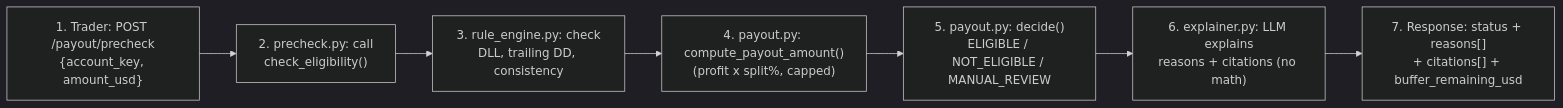
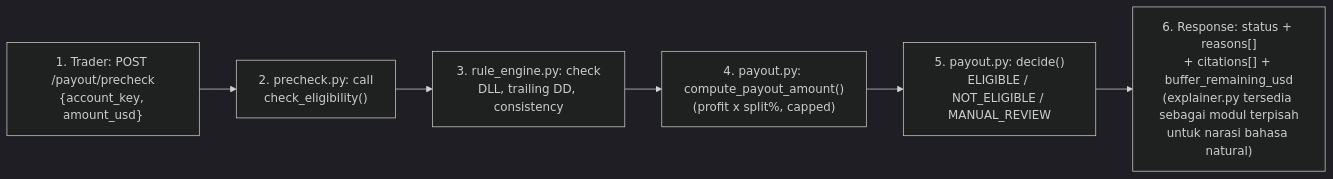
Before and after one commit to caelancarmer/tradeify-risk-copilot: the second of 6 diagrams in docs/architecture.md, drawn with Mermaid (dark theme).

Commit message:
docs(archify): docs/architecture.md

````diff
--- a/docs/architecture.md
+++ b/docs/architecture.md
@@ -69,11 +69,10 @@
 ```mermaid
 flowchart LR
     A["1. Trader: POST /payout/precheck<br/>{account_key, amount_usd}"]
     B["2. precheck.py: call<br/>check_eligibility()"]
     C["3. rule_engine.py: check<br/>DLL, trailing DD, consistency"]
     D["4. payout.py: compute_payout_amount()<br/>(profit x split%, capped)"]
     E["5. payout.py: decide()<br/>ELIGIBLE / NOT_ELIGIBLE / MANUAL_REVIEW"]
-    F["6. explainer.py: LLM explains<br/>reasons + citations (no math)"]
-    G["7. Response: status + reasons[]<br/>+ citations[] + buffer_remaining_usd"]
-    A --> B --> C --> D --> E --> F --> G
+    F["6. Response: status + reasons[]<br/>+ citations[] + buffer_remaining_usd<br/>(explainer.py tersedia sebagai modul terpisah<br/>untuk narasi bahasa natural)"]
+    A --> B --> C --> D --> E --> F
 ```
````
